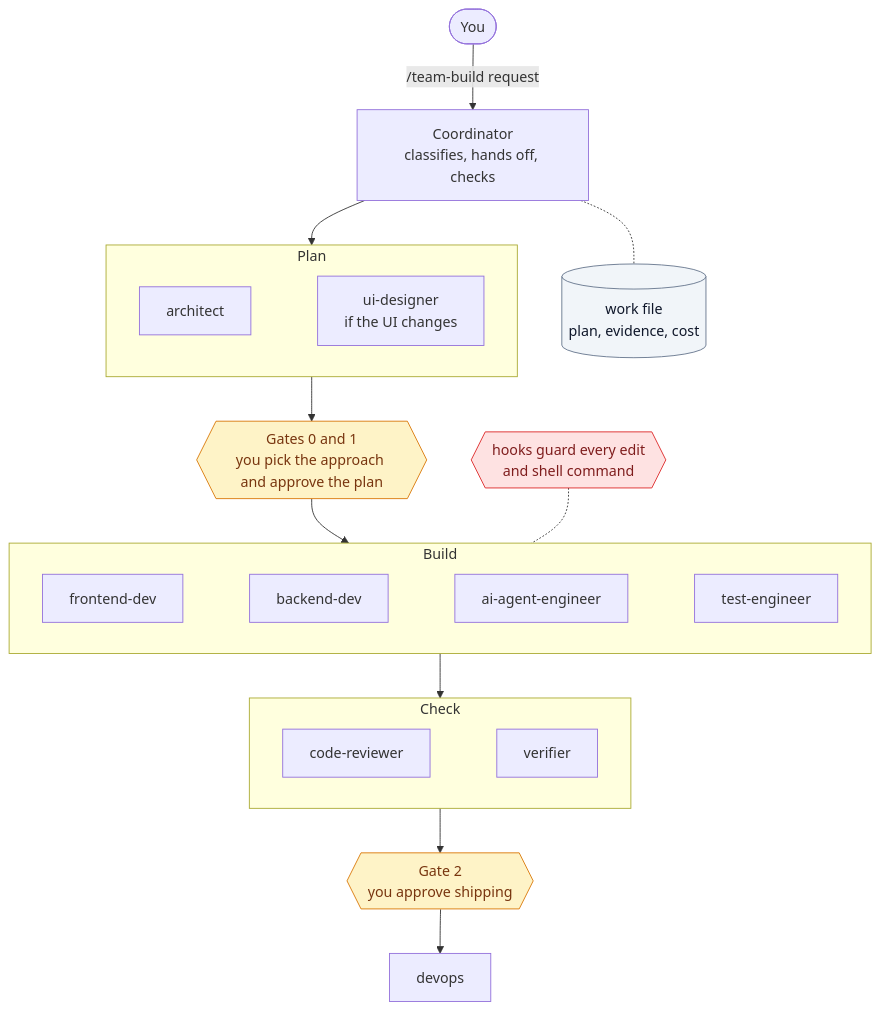
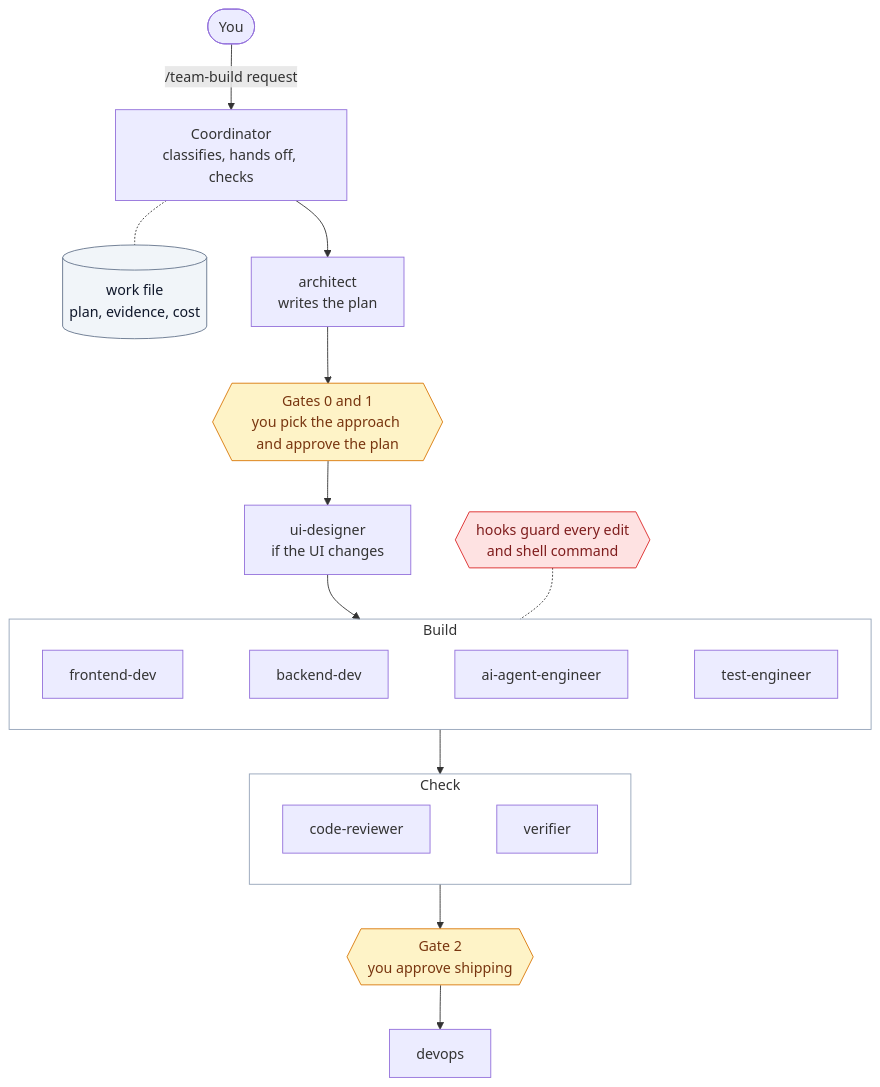
Before and after one commit to suryas91/claude-skills: the diagram in docs/images/src/overview.mmd, drawn with Mermaid. The commit also changed 19 other files, not shown here.

First line of the commit message:
Docs review round 2: complete undo, accurate history, installer robustness, cleaner diagrams

```diff
--- a/docs/images/src/overview.mmd
+++ b/docs/images/src/overview.mmd
@@ -1,28 +1,27 @@
 flowchart TB
     U([You]) -->|/team-build request| C[Coordinator<br/>classifies, hands off, checks]
     C -.- W[(work file<br/>plan, evidence, cost)]
-    C --> PLAN
-    subgraph PLAN [Plan]
-        direction LR
-        A[architect] ~~~ D[ui-designer<br/>if the UI changes]
-    end
-    PLAN --> G1{{Gates 0 and 1<br/>you pick the approach and approve the plan}}
-    G1 --> BUILD
+    C --> A[architect<br/>writes the plan]
+    A --> G1{{Gates 0 and 1<br/>you pick the approach and approve the plan}}
+    G1 --> D[ui-designer<br/>if the UI changes]
+    D --> BUILD
     subgraph BUILD [Build]
         direction LR
         F[frontend-dev] ~~~ B[backend-dev] ~~~ AI[ai-agent-engineer] ~~~ T[test-engineer]
     end
     H{{hooks guard every edit<br/>and shell command}} -.- BUILD
     BUILD --> CHECK
     subgraph CHECK [Check]
         direction LR
         R[code-reviewer] ~~~ V[verifier]
     end
     CHECK --> G2{{Gate 2<br/>you approve shipping}}
     G2 --> O[devops]
     classDef gate fill:#fef3c7,stroke:#d97706,color:#78350f
     classDef guard fill:#fee2e2,stroke:#dc2626,color:#7f1d1d
     classDef store fill:#f1f5f9,stroke:#64748b,color:#0f172a
     class G1,G2 gate
     class H guard
     class W store
+    style BUILD fill:transparent,stroke:#94a3b8
+    style CHECK fill:transparent,stroke:#94a3b8
```
